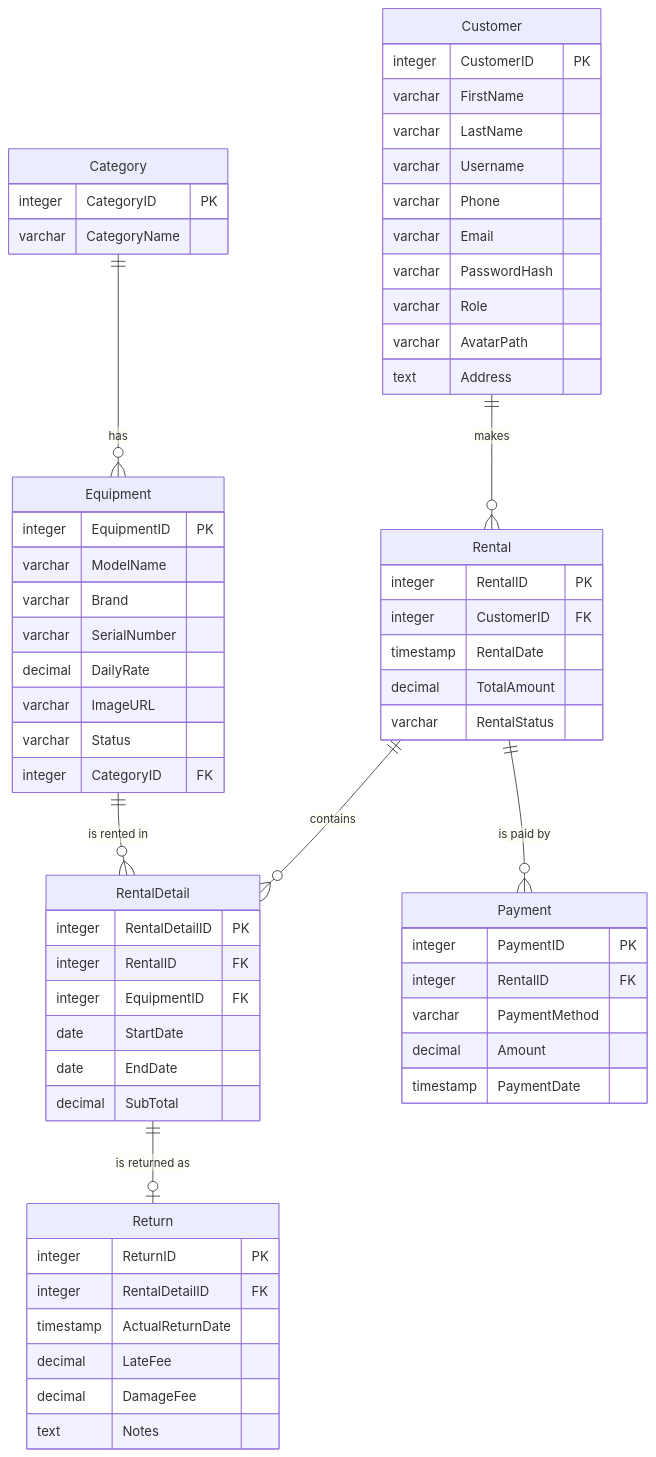
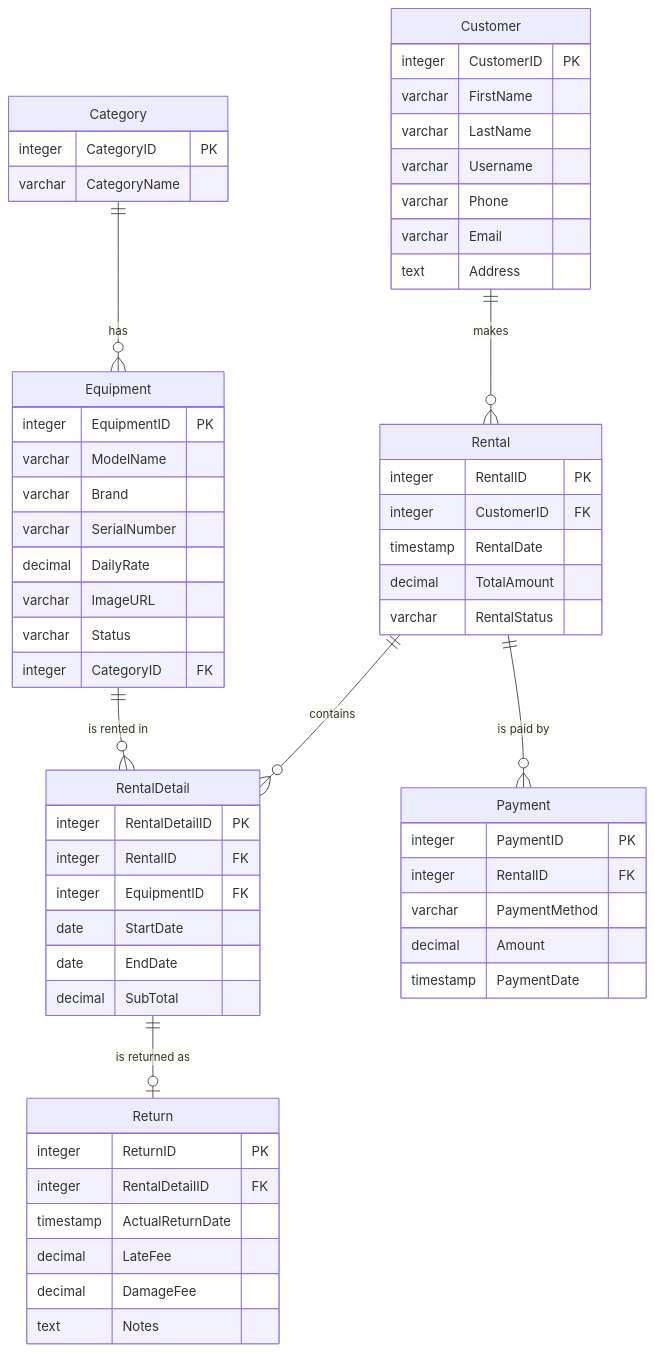
Before and after one commit to naratipswu/cp252project: the first of 2 diagrams in README.md, drawn with Mermaid. The commit also changed other lines of this file and 5 other files, not shown here.

````diff
--- a/README.md
+++ b/README.md
@@ -13,72 +13,69 @@
 ```mermaid
 erDiagram
     Category ||--o{ Equipment : "has"
     Customer ||--o{ Rental : "makes"
     Rental ||--o{ RentalDetail : "contains"
     Equipment ||--o{ RentalDetail : "is rented in"
     Rental ||--o{ Payment : "is paid by"
     RentalDetail ||--o| Return : "is returned as"
 
     Category {
         integer CategoryID PK
         varchar CategoryName
     }
 
     Equipment {
         integer EquipmentID PK
         varchar ModelName
         varchar Brand
         varchar SerialNumber
         decimal DailyRate
         varchar ImageURL
         varchar Status
         integer CategoryID FK
     }
 
     Customer {
         integer CustomerID PK
         varchar FirstName
         varchar LastName
         varchar Username
         varchar Phone
         varchar Email
-        varchar PasswordHash
-        varchar Role
-        varchar AvatarPath
         text Address
     }
 
     Rental {
         integer RentalID PK
         integer CustomerID FK
         timestamp RentalDate
         decimal TotalAmount
         varchar RentalStatus
     }
 
     RentalDetail {
         integer RentalDetailID PK
         integer RentalID FK
         integer EquipmentID FK
         date StartDate
         date EndDate
         decimal SubTotal
     }
 
     Payment {
         integer PaymentID PK
         integer RentalID FK
         varchar PaymentMethod
         decimal Amount
         timestamp PaymentDate
     }
 
     Return {
         integer ReturnID PK
         integer RentalDetailID FK
         timestamp ActualReturnDate
         decimal LateFee
         decimal DamageFee
         text Notes
     }
 ```
````
